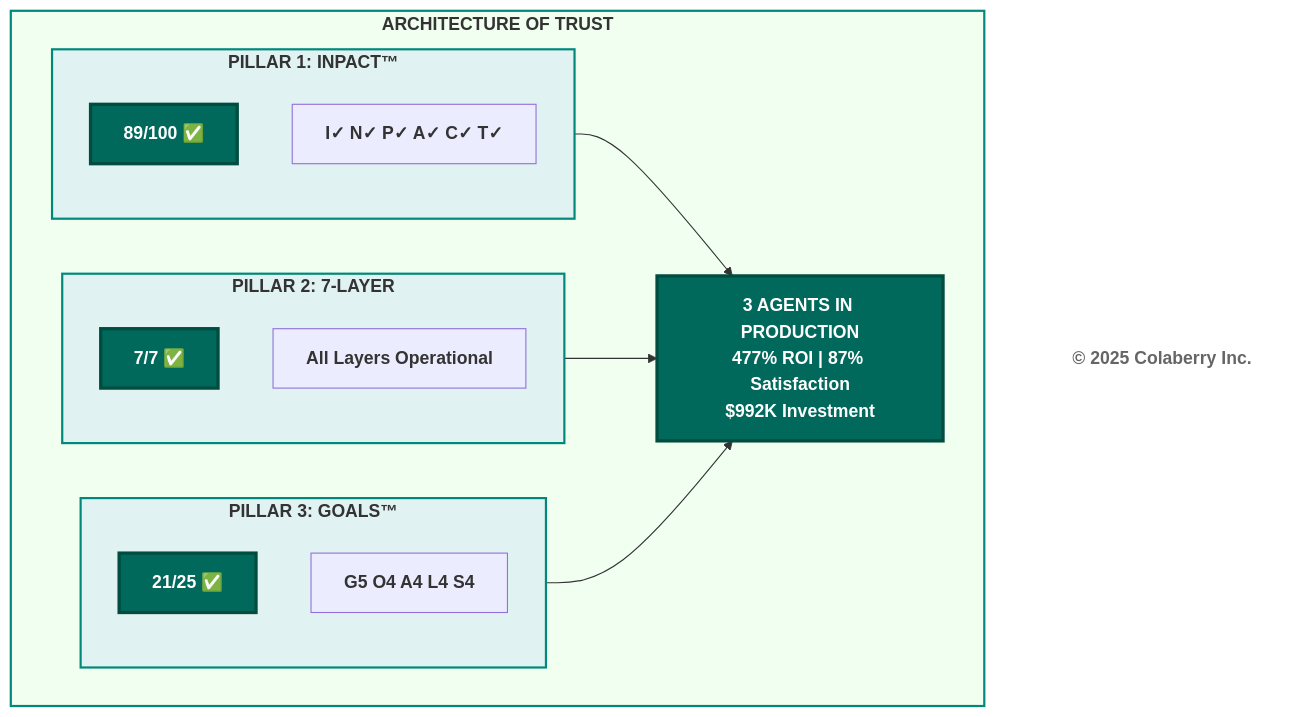
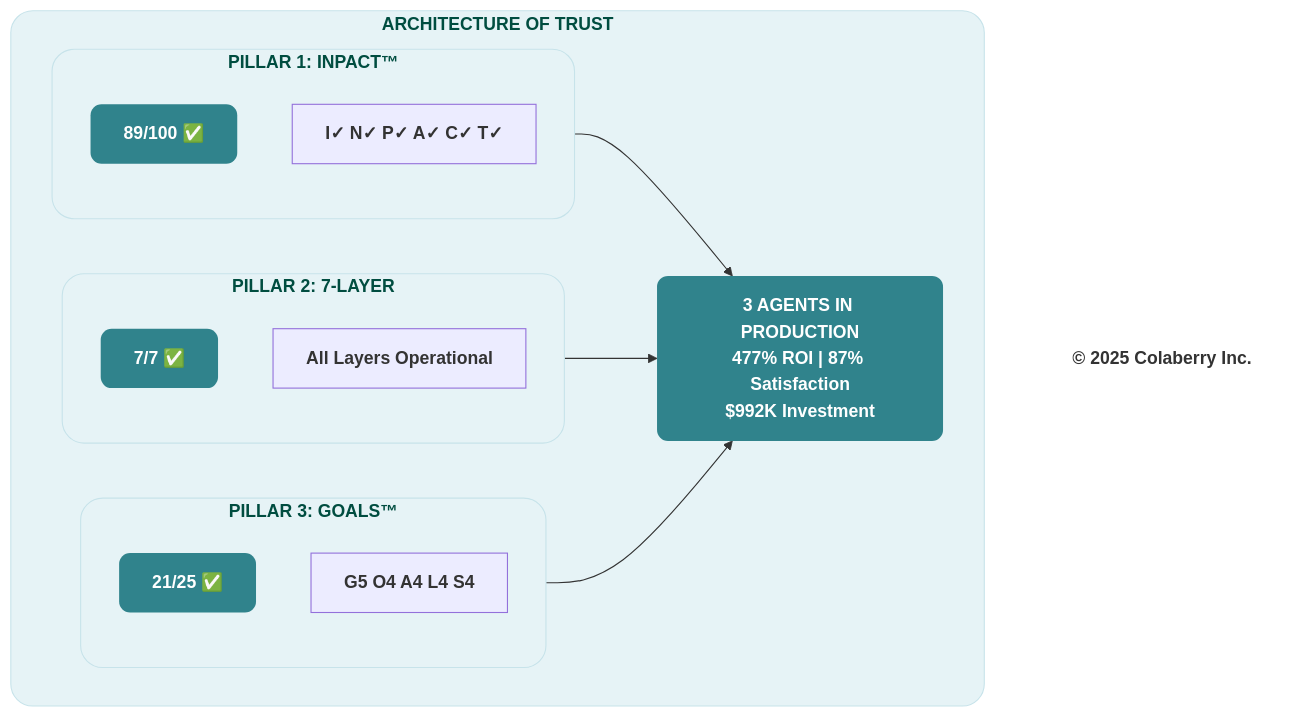
Before and after one commit to saitejesh-cyber/trust-before-intelligence-book: the diagram in mermaid-source/figure-8-9.mmd, drawn with Mermaid. The commit also changed 219 other files, not shown here.

Commit message:
Reapply PR #5 palette and regenerate smooth-edge figure PNGs

```diff
--- a/mermaid-source/figure-8-9.mmd
+++ b/mermaid-source/figure-8-9.mmd
@@ -1,35 +1,35 @@
 graph TB
   subgraph COMPLETE["<b>ARCHITECTURE OF TRUST</b>"]
     subgraph P1["<b>PILLAR 1: INPACT™</b>"]
       I1["<b>89/100 ✅</b>"]
       I2["<b>I✓ N✓ P✓ A✓ C✓ T✓</b>"]
     end
     
     subgraph P2["<b>PILLAR 2: 7-LAYER</b>"]
       L1["<b>7/7 ✅</b>"]
       L2["<b>All Layers Operational</b>"]
     end
     
     subgraph P3["<b>PILLAR 3: GOALS™</b>"]
       G1["<b>21/25 ✅</b>"]
       G2["<b>G5 O4 A4 L4 S4</b>"]
     end
     
     RESULT["<b>3 AGENTS IN PRODUCTION</b><br/><b>477% ROI | 87% Satisfaction</b><br/><b>$992K Investment</b>"]
   end
   
   P1 --> RESULT
   P2 --> RESULT
   P3 --> RESULT
   
-  style COMPLETE fill:#f0fff0,stroke:#00897b,stroke-width:2px
-  style P1 fill:#e0f2f1,stroke:#00897b,stroke-width:2px
-  style P2 fill:#e0f2f1,stroke:#00897b,stroke-width:2px
-  style P3 fill:#e0f2f1,stroke:#00897b,stroke-width:2px
-  style I1 fill:#00695c,color:#ffffff,stroke:#004d40,stroke-width:3px
-  style L1 fill:#00695c,color:#ffffff,stroke:#004d40,stroke-width:3px
-  style G1 fill:#00695c,color:#ffffff,stroke:#004d40,stroke-width:3px
-  style RESULT fill:#00695c,color:#ffffff,stroke:#004d40,stroke-width:3px
+  style COMPLETE fill:#e6f3f6,stroke:#c7e3ea,stroke-width:1px,color:#004d40,rx:20,ry:20
+  style P1 fill:#e6f3f6,stroke:#c7e3ea,stroke-width:1px,color:#004d40,rx:20,ry:20
+  style P2 fill:#e6f3f6,stroke:#c7e3ea,stroke-width:1px,color:#004d40,rx:20,ry:20
+  style P3 fill:#e6f3f6,stroke:#c7e3ea,stroke-width:1px,color:#004d40,rx:20,ry:20
+  style I1 fill:#30838C,stroke:none,color:#ffffff,rx:10,ry:10
+  style L1 fill:#30838C,stroke:none,color:#ffffff,rx:10,ry:10
+  style G1 fill:#30838C,stroke:none,color:#ffffff,rx:10,ry:10
+  style RESULT fill:#30838C,stroke:none,color:#ffffff,rx:10,ry:10
   
   Copyright["<b>© 2025 Colaberry Inc.</b>"]
-  style Copyright fill:#ffffff,stroke:none,color:#666666
+  style Copyright fill:none,stroke:none,color:#333333
```
